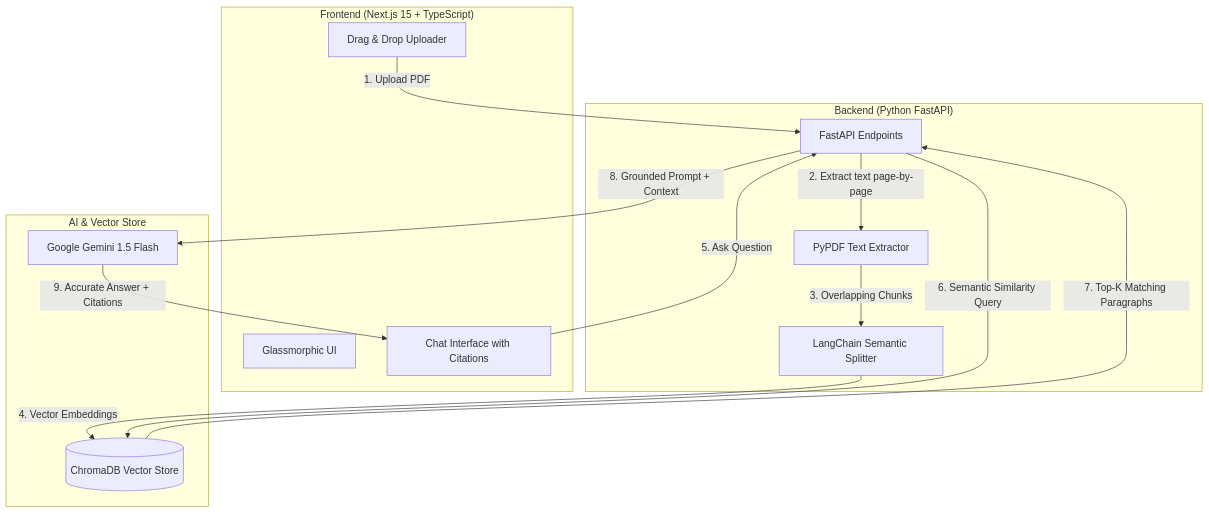
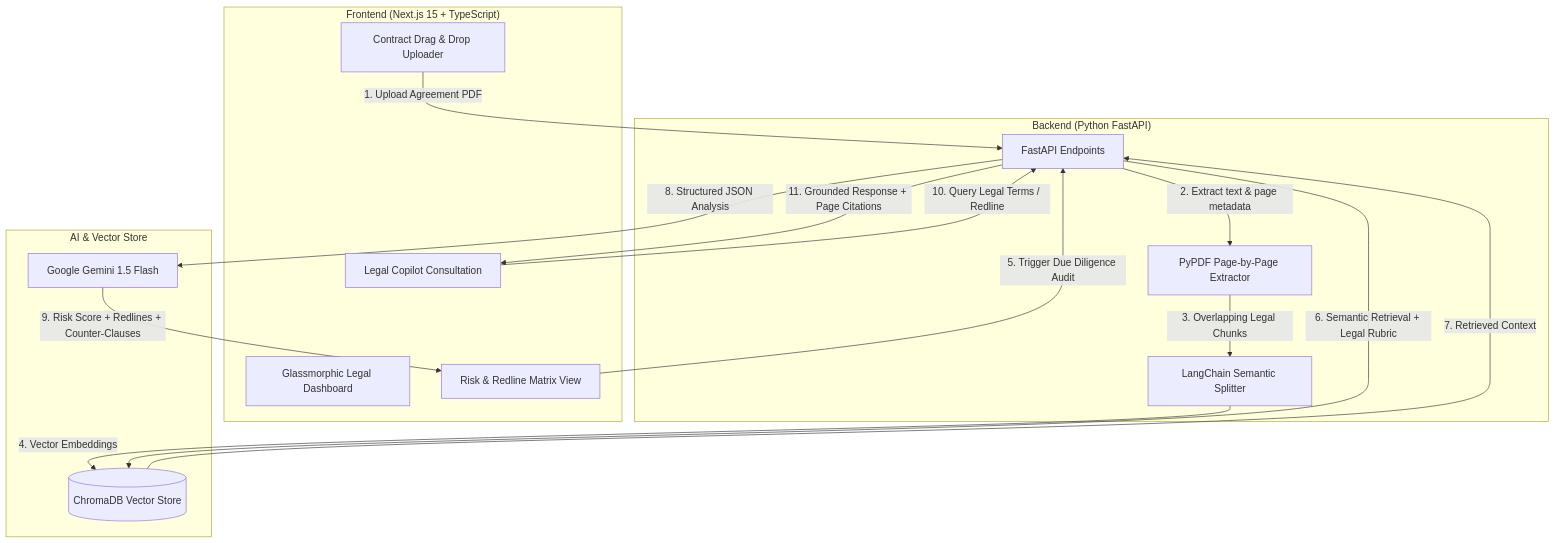
One commit to NirashaWijesinghe/DocuMind-AI changed the diagram in README.md. Above: the diagram before and after it, drawn with Mermaid. The commit also changed other lines of this file and 16 other files, not shown here.

Commit message:
feat: implement multi-view workspace redesign, document classifier & bento grid audit

````diff
--- a/README.md
+++ b/README.md
@@ -31,30 +28,34 @@
 ```mermaid
 flowchart TD
     subgraph Client ["Frontend (Next.js 15 + TypeScript)"]
-        UI[Glassmorphic UI]
-        Upload[Drag & Drop Uploader]
-        Chat[Chat Interface with Citations]
+        UI[Glassmorphic Legal Dashboard]
+        Upload[Contract Drag & Drop Uploader]
+        AuditMatrix[Risk & Redline Matrix View]
+        Copilot[Legal Copilot Consultation]
     end
 
     subgraph Server ["Backend (Python FastAPI)"]
         API[FastAPI Endpoints]
-        Parser[PyPDF Text Extractor]
+        Parser[PyPDF Page-by-Page Extractor]
         Chunker[LangChain Semantic Splitter]
     end
 
     subgraph AI_Engine ["AI & Vector Store"]
         Chroma[(ChromaDB Vector Store)]
-        LLM[Google Gemini 1.5 Flash]
+        Gemini[Google Gemini 1.5 Flash]
     end
 
-    Upload -->|1. Upload PDF| API
-    API -->|2. Extract text page-by-page| Parser
-    Parser -->|3. Overlapping Chunks| Chunker
+    Upload -->|1. Upload Agreement PDF| API
+    API -->|2. Extract text & page metadata| Parser
+    Parser -->|3. Overlapping Legal Chunks| Chunker
     Chunker -->|4. Vector Embeddings| Chroma
 
-    Chat -->|5. Ask Question| API
-    API -->|6. Semantic Similarity Query| Chroma
-    Chroma -->|7. Top-K Matching Paragraphs| API
-    API -->|8. Grounded Prompt + Context| LLM
-    LLM -->|9. Accurate Answer + Citations| Chat
+    AuditMatrix -->|5. Trigger Due Diligence Audit| API
+    API -->|6. Semantic Retrieval + Legal Rubric| Chroma
+    Chroma -->|7. Retrieved Context| API
+    API -->|8. Structured JSON Analysis| Gemini
+    Gemini -->|9. Risk Score + Redlines + Counter-Clauses| AuditMatrix
+
+    Copilot -->|10. Query Legal Terms / Redline| API
+    API -->|11. Grounded Response + Page Citations| Copilot
 ```
````
